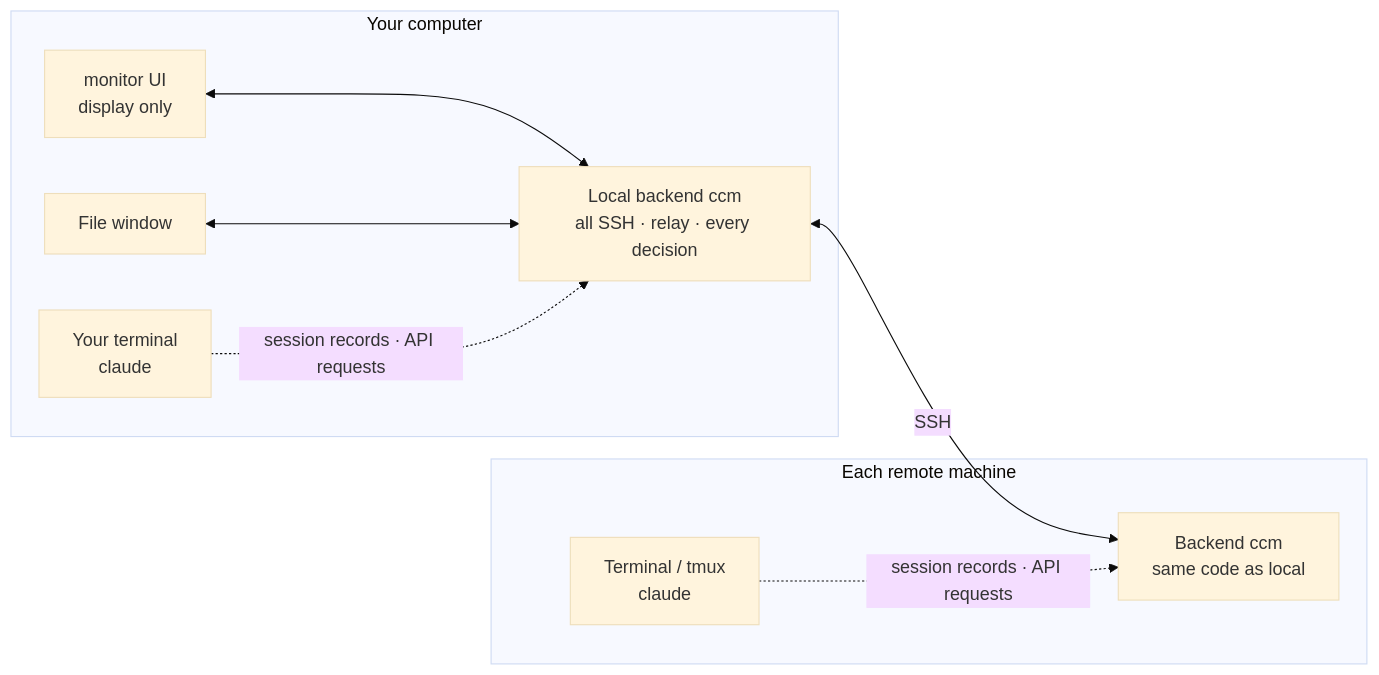
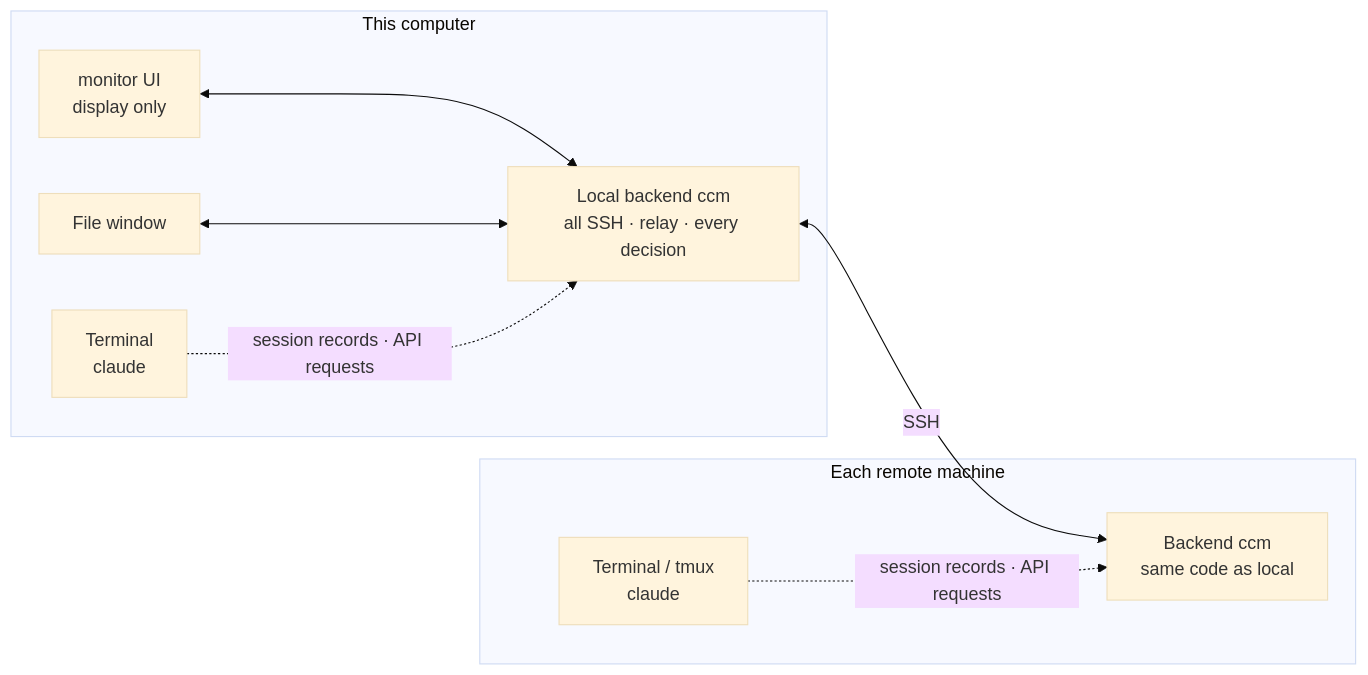
Before and after one commit to bo0Zeng/cc-monitor: the diagram in README.en.md, drawn with Mermaid (base theme). The commit also changed other lines of this file and 2 other files, not shown here.

````diff
--- a/README.en.md
+++ b/README.en.md
@@ -95,18 +115,18 @@
 ```mermaid
 flowchart LR
-  subgraph local["Your computer"]
+  subgraph local["This computer"]
     UI["monitor UI<br/>display only"]
     FW["File window"]
     LB["Local backend ccm<br/>all SSH · relay · every decision"]
-    T1["Your terminal<br/>claude"]
+    T1["Terminal<br/>claude"]
   end
   subgraph remote["Each remote machine"]
     RB["Backend ccm<br/>same code as local"]
     T2["Terminal / tmux<br/>claude"]
   end
   UI <--> LB
   FW <--> LB
   LB <-- SSH --> RB
   T1 -. session records · API requests .-> LB
   T2 -. session records · API requests .-> RB
 ```
````
